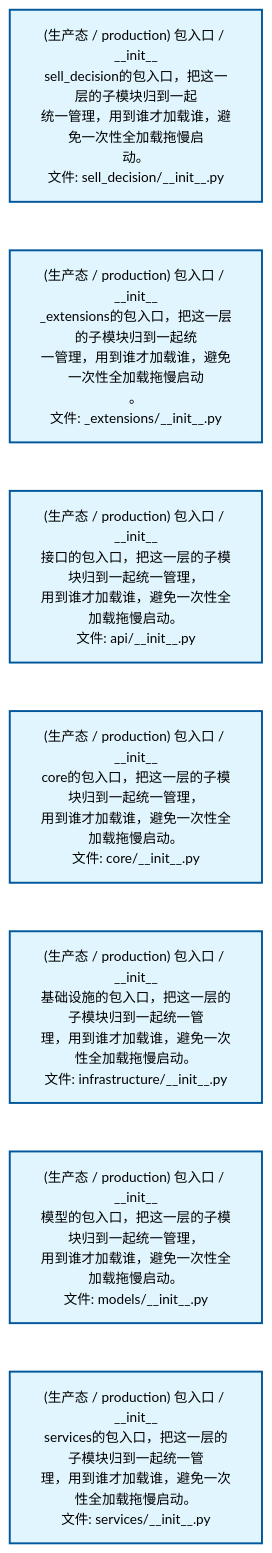
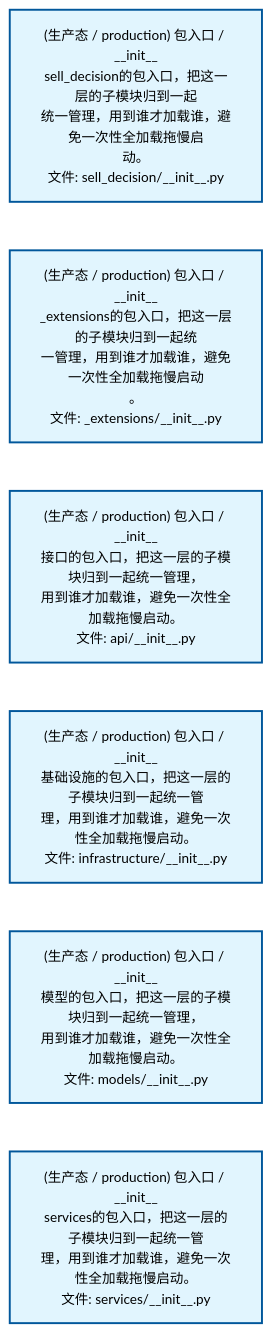
One commit to xuanFelixVan/ZephyrAlpha changed the second of 4 diagrams in docs/02_enterprise_architecture/02_domain_architecture_docs/67_d_sell_decision.md. Above: the diagram before and after it, drawn with Mermaid. The commit also changed other lines of this file and 43 other files, not shown here.

````diff
--- a/docs/02_enterprise_architecture/02_domain_architecture_docs/67_d_sell_decision.md
+++ b/docs/02_enterprise_architecture/02_domain_architecture_docs/67_d_sell_decision.md
@@ -126,22 +124,20 @@
 ```mermaid
 %%{init: {'theme': 'base', 'themeVariables': {'primaryColor': '#eaeaea', 'primaryTextColor': '#333333', 'primaryBorderColor': '#666666', 'lineColor': '#666666', 'secondaryColor': '#eaeaea', 'tertiaryColor': '#eaeaea', 'fontSize': '14px'}}}%%
 flowchart TD
     src_zephyr_sell_decision_init_py["(生产态 / production) 包入口 / __init__<br/>sell_decision的包入口，把这一层的子模块归到一起<br/>统一管理，用到谁才加载谁，避免一次性全加载拖慢启<br/>动。<br/>文件: sell_decision/__init__.py"]
     src_zephyr_sell_decision_extensions_init_py["(生产态 / production) 包入口 / __init__<br/>_extensions的包入口，把这一层的子模块归到一起统<br/>一管理，用到谁才加载谁，避免一次性全加载拖慢启动<br/>。<br/>文件: _extensions/__init__.py"]
     src_zephyr_sell_decision_api_init_py["(生产态 / production) 包入口 / __init__<br/>接口的包入口，把这一层的子模块归到一起统一管理，<br/>用到谁才加载谁，避免一次性全加载拖慢启动。<br/>文件: api/__init__.py"]
-    src_zephyr_sell_decision_core_init_py["(生产态 / production) 包入口 / __init__<br/>core的包入口，把这一层的子模块归到一起统一管理，<br/>用到谁才加载谁，避免一次性全加载拖慢启动。<br/>文件: core/__init__.py"]
     src_zephyr_sell_decision_infrastructure_init_py["(生产态 / production) 包入口 / __init__<br/>基础设施的包入口，把这一层的子模块归到一起统一管<br/>理，用到谁才加载谁，避免一次性全加载拖慢启动。<br/>文件: infrastructure/__init__.py"]
     src_zephyr_sell_decision_models_init_py["(生产态 / production) 包入口 / __init__<br/>模型的包入口，把这一层的子模块归到一起统一管理，<br/>用到谁才加载谁，避免一次性全加载拖慢启动。<br/>文件: models/__init__.py"]
     src_zephyr_sell_decision_services_init_py["(生产态 / production) 包入口 / __init__<br/>services的包入口，把这一层的子模块归到一起统一管<br/>理，用到谁才加载谁，避免一次性全加载拖慢启动。<br/>文件: services/__init__.py"]
     src_zephyr_sell_decision_init_py ~~~ src_zephyr_sell_decision_extensions_init_py
     src_zephyr_sell_decision_extensions_init_py ~~~ src_zephyr_sell_decision_api_init_py
-    src_zephyr_sell_decision_api_init_py ~~~ src_zephyr_sell_decision_core_init_py
-    src_zephyr_sell_decision_core_init_py ~~~ src_zephyr_sell_decision_infrastructure_init_py
+    src_zephyr_sell_decision_api_init_py ~~~ src_zephyr_sell_decision_infrastructure_init_py
     src_zephyr_sell_decision_infrastructure_init_py ~~~ src_zephyr_sell_decision_models_init_py
     src_zephyr_sell_decision_models_init_py ~~~ src_zephyr_sell_decision_services_init_py
     classDef production fill:#e1f5fe,stroke:#01579b,stroke-width:2px,color:#000
     classDef design fill:#fff3e0,stroke:#e65100,stroke-width:2px,color:#000,stroke-dasharray: 5 5
     classDef external_prod fill:#e8f4fd,stroke:#0277bd,stroke-width:1px,color:#000
     classDef external_design fill:#fff8e7,stroke:#ef6c00,stroke-width:1px,color:#000,stroke-dasharray: 5 5
-    class src_zephyr_sell_decision_init_py,src_zephyr_sell_decision_extensions_init_py,src_zephyr_sell_decision_api_init_py,src_zephyr_sell_decision_core_init_py,src_zephyr_sell_decision_infrastructure_init_py,src_zephyr_sell_decision_models_init_py,src_zephyr_sell_decision_services_init_py production
+    class src_zephyr_sell_decision_init_py,src_zephyr_sell_decision_extensions_init_py,src_zephyr_sell_decision_api_init_py,src_zephyr_sell_decision_infrastructure_init_py,src_zephyr_sell_decision_models_init_py,src_zephyr_sell_decision_services_init_py production
 ```
````
